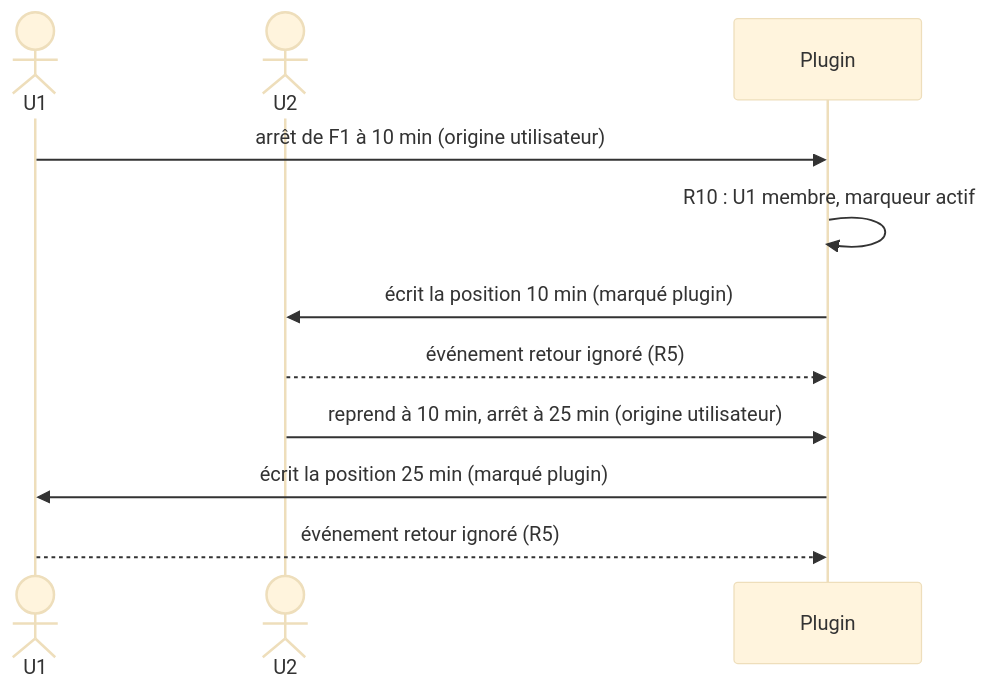
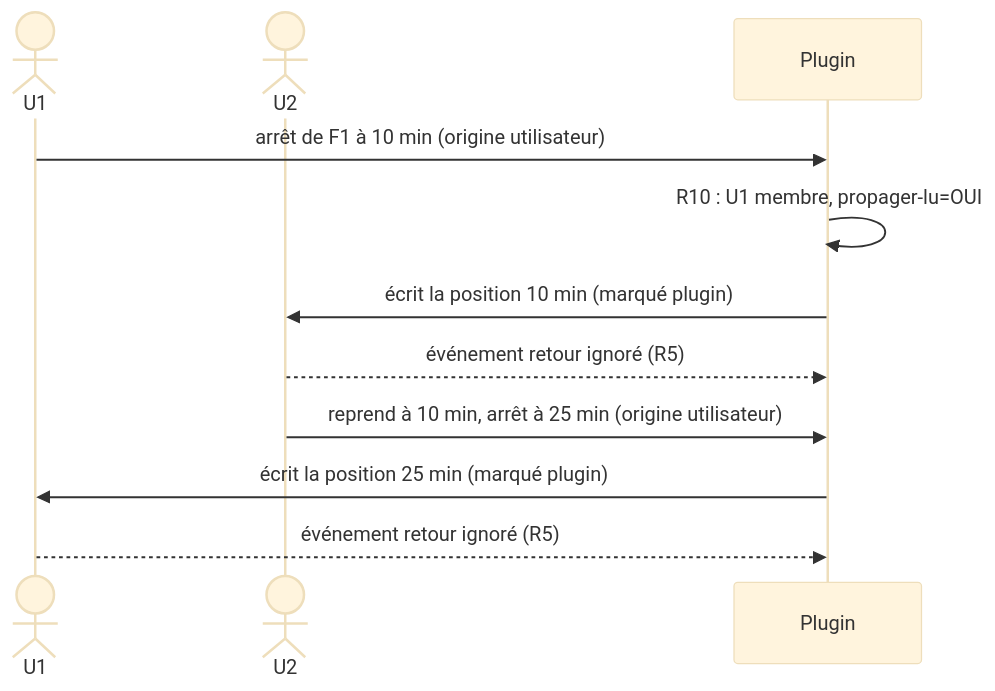
Before and after one commit to CCoupel/Emby_PlaySync: the fifth of 5 diagrams in docs/chronogrammes.md, drawn with Mermaid (base theme). The commit also changed other lines of this file and 1 other file, not shown here.

````diff
--- a/docs/chronogrammes.md
+++ b/docs/chronogrammes.md
@@ -300,13 +391,13 @@
 ```mermaid
 sequenceDiagram
     actor U1
     actor U2
     participant P as Plugin
     U1->>P: arrêt de F1 à 10 min (origine utilisateur)
-    P->>P: R10 : U1 membre, marqueur actif
+    P->>P: R10 : U1 membre, propager-lu=OUI
     P->>U2: écrit la position 10 min (marqué plugin)
     U2-->>P: événement retour ignoré (R5)
     U2->>P: reprend à 10 min, arrêt à 25 min (origine utilisateur)
     P->>U1: écrit la position 25 min (marqué plugin)
     U1-->>P: événement retour ignoré (R5)
 ```
````
